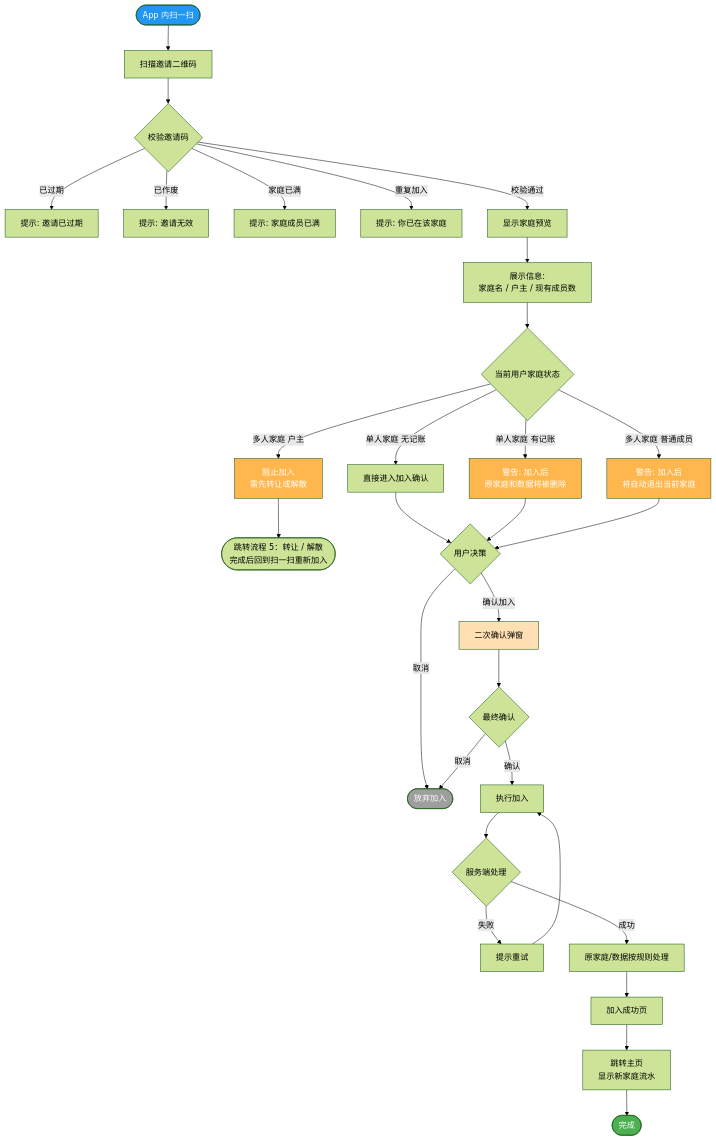
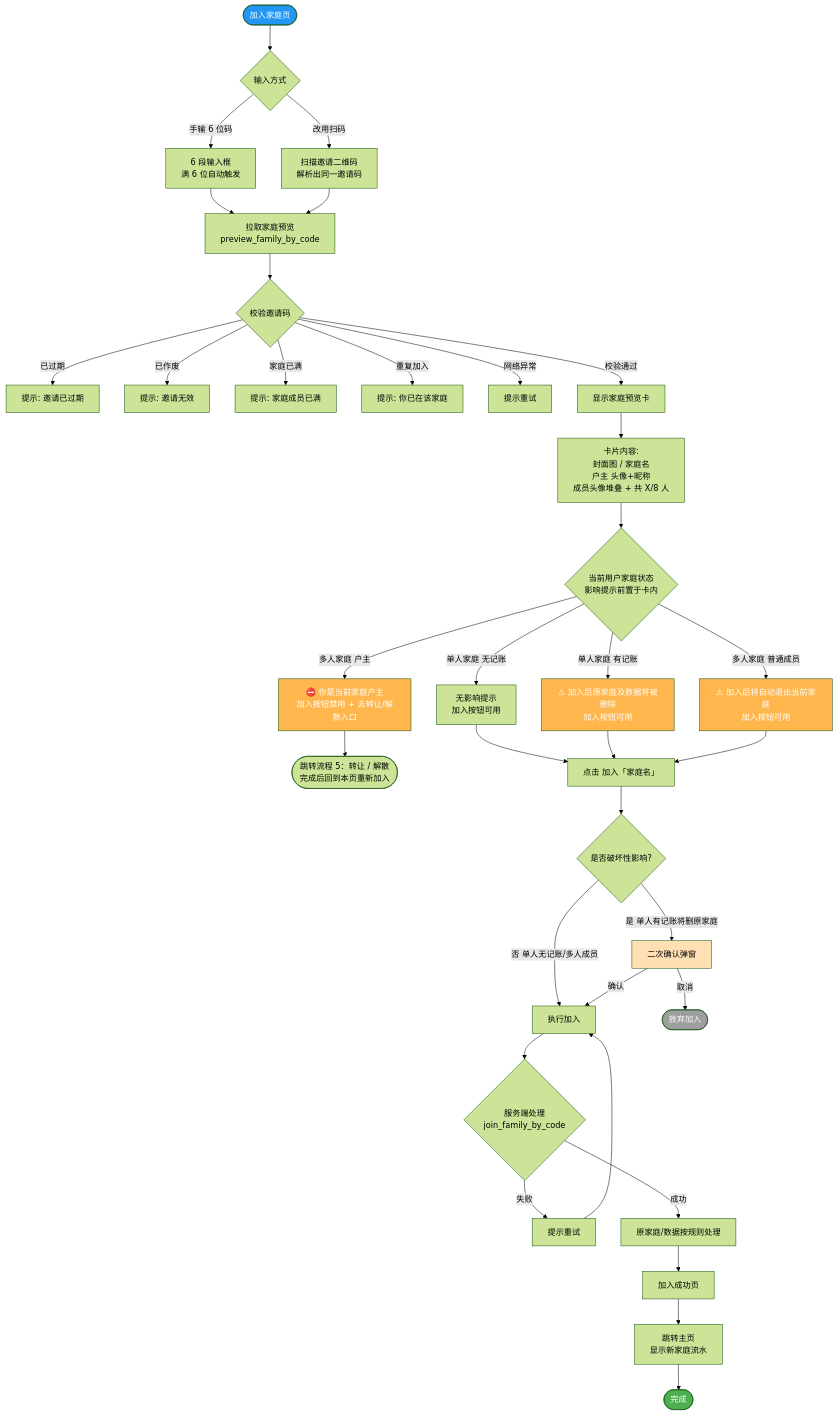
One commit to raochen0000/HomeBook changed the fourth of 15 diagrams in docs/PRD.md. Above: the diagram before and after it, drawn with Mermaid (forest theme). The commit also changed other lines of this file and 5 other files, not shown here.

````diff
--- a/docs/PRD.md
+++ b/docs/PRD.md
@@ -311,49 +332,55 @@
 ```mermaid
 flowchart TD
-    A([App 内扫一扫]) --> B[扫描邀请二维码]
+    A([加入家庭页]) --> B{输入方式}
+    B -- 手输 6 位码 --> C1[6 段输入框<br/>满 6 位自动触发]
+    B -- 改用扫码 --> C2[扫描邀请二维码<br/>解析出同一邀请码]
 
-    B --> D{校验邀请码}
-    D -- 已过期 --> D1[提示: 邀请已过期]
-    D -- 已作废 --> D2[提示: 邀请无效]
-    D -- 家庭已满 --> D3[提示: 家庭成员已满]
-    D -- 重复加入 --> D4[提示: 你已在该家庭]
-    D -- 校验通过 --> E[显示家庭预览]
+    C1 --> D[拉取家庭预览<br/>preview_family_by_code]
+    C2 --> D
 
-    E --> F[展示信息:<br/>家庭名 / 户主 / 现有成员数]
-    F --> G{当前用户家庭状态}
+    D --> E{校验邀请码}
+    E -- 已过期 --> E1[提示: 邀请已过期]
+    E -- 已作废 --> E2[提示: 邀请无效]
+    E -- 家庭已满 --> E3[提示: 家庭成员已满]
+    E -- 重复加入 --> E4[提示: 你已在该家庭]
+    E -- 网络异常 --> E5[提示重试]
+    E -- 校验通过 --> F[显示家庭预览卡]
 
-    G -- 单人家庭 无记账 --> H1[直接进入加入确认]
-    G -- 单人家庭 有记账 --> H2[警告: 加入后<br/>原家庭和数据将被删除]
-    G -- 多人家庭 普通成员 --> H3[警告: 加入后<br/>将自动退出当前家庭]
-    G -- 多人家庭 户主 --> H4[阻止加入<br/>需先转让或解散]
+    F --> G[卡片内容:<br/>封面图 / 家庭名<br/>户主 头像+昵称<br/>成员头像堆叠 + 共 X/8 人]
 
-    H4 --> H4End([跳转流程 5：转让 / 解散<br/>完成后回到扫一扫重新加入])
+    G --> H{当前用户家庭状态<br/>影响提示前置于卡内}
 
-    H1 --> I{用户决策}
+    H -- 单人家庭 无记账 --> H1[无影响提示<br/>加入按钮可用]
+    H -- 单人家庭 有记账 --> H2[⚠ 加入后原家庭及数据将被删除<br/>加入按钮可用]
+    H -- 多人家庭 普通成员 --> H3[⚠ 加入后将自动退出当前家庭<br/>加入按钮可用]
+    H -- 多人家庭 户主 --> H4[⛔ 你是当前家庭户主<br/>加入按钮禁用 + 去转让/解散入口]
+
+    H4 --> H4End([跳转流程 5：转让 / 解散<br/>完成后回到本页重新加入])
+
+    H1 --> I[点击 加入「家庭名」]
     H2 --> I
     H3 --> I
 
-    I -- 取消 --> Z1([放弃加入])
-    I -- 确认加入 --> J[二次确认弹窗]
+    I --> J{是否破坏性影响?}
+    J -- 否 单人无记账/多人成员 --> L[执行加入]
+    J -- 是 单人有记账将删原家庭 --> K[二次确认弹窗]
+    K -- 取消 --> Z1([放弃加入])
+    K -- 确认 --> L
 
-    J --> K{最终确认}
-    K -- 取消 --> Z1
-    K -- 确认 --> L[执行加入]
-
-    L --> M{服务端处理}
+    L --> M{服务端处理<br/>join_family_by_code}
     M -- 失败 --> M1[提示重试]
     M1 --> L
     M -- 成功 --> N[原家庭/数据按规则处理]
 
     N --> O[加入成功页]
     O --> P[跳转主页<br/>显示新家庭流水]
     P --> Z2([完成])
 
     style A fill:#2196F3,color:#fff
     style Z1 fill:#9E9E9E,color:#fff
     style Z2 fill:#4CAF50,color:#fff
     style H2 fill:#FFB74D,color:#fff
     style H3 fill:#FFB74D,color:#fff
     style H4 fill:#FFB74D,color:#fff
-    style J fill:#FFE0B2
+    style K fill:#FFE0B2
 ```
````
